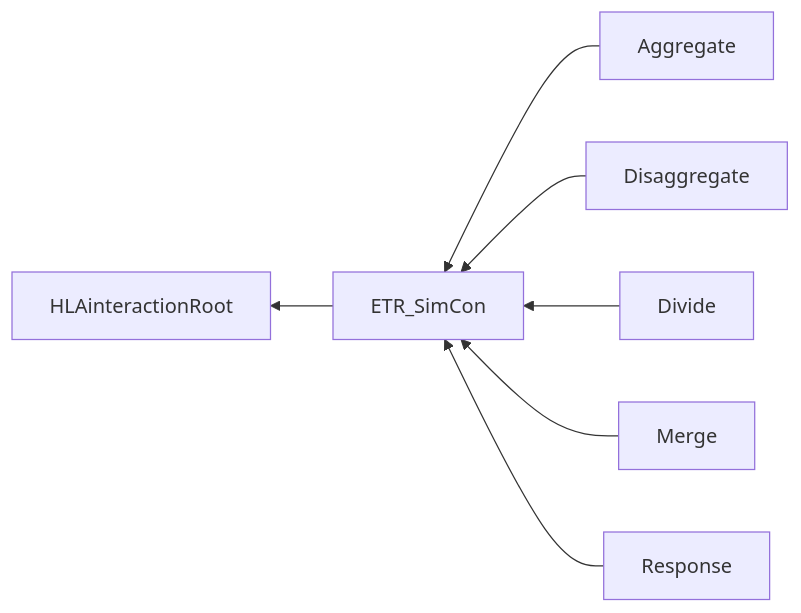
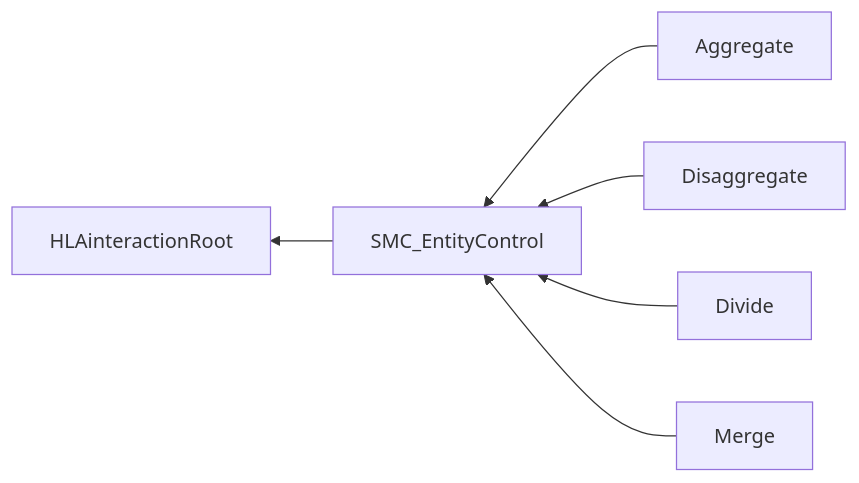
Diagram 11 of 11 in NETN-MRM.md (AMSP-04/NETN-MRM), drawn with Mermaid before and after one commit. The commit also changed other lines of this file and 3 other files, not shown here.

````diff
--- a/NETN-MRM.md
+++ b/NETN-MRM.md
@@ -327,9 +323,8 @@
 ```mermaid
 graph RL
-ETR_SimCon-->HLAinteractionRoot
-Aggregate-->ETR_SimCon
-Disaggregate-->ETR_SimCon
-Divide-->ETR_SimCon
-Merge-->ETR_SimCon
-Response-->ETR_SimCon
+SMC_EntityControl-->HLAinteractionRoot
+Aggregate-->SMC_EntityControl
+Disaggregate-->SMC_EntityControl
+Divide-->SMC_EntityControl
+Merge-->SMC_EntityControl
 ```
````
